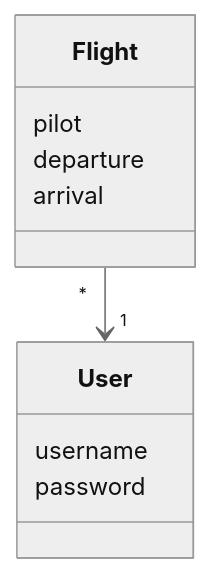
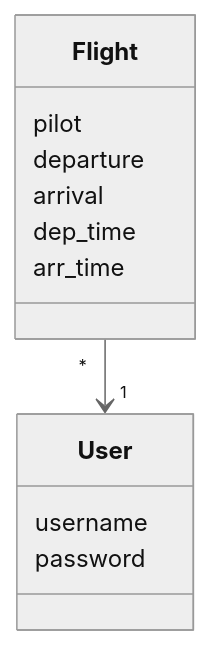
Before and after one commit to ilmari21/ot-harjoitustyo: the first of 2 diagrams in dokumentaatio/arkkitehtuuri.md, drawn with Mermaid (neutral theme). The commit also changed other lines of this file, not shown here.

````diff
--- a/dokumentaatio/arkkitehtuuri.md
+++ b/dokumentaatio/arkkitehtuuri.md
@@ -17,13 +17,15 @@
 ```mermaid
  classDiagram
       Flight "*" --> "1" User
       class User{
           username
           password
       }
       class Flight{
           pilot
           departure
           arrival
+          dep_time
+          arr_time
       }
 ```
````
